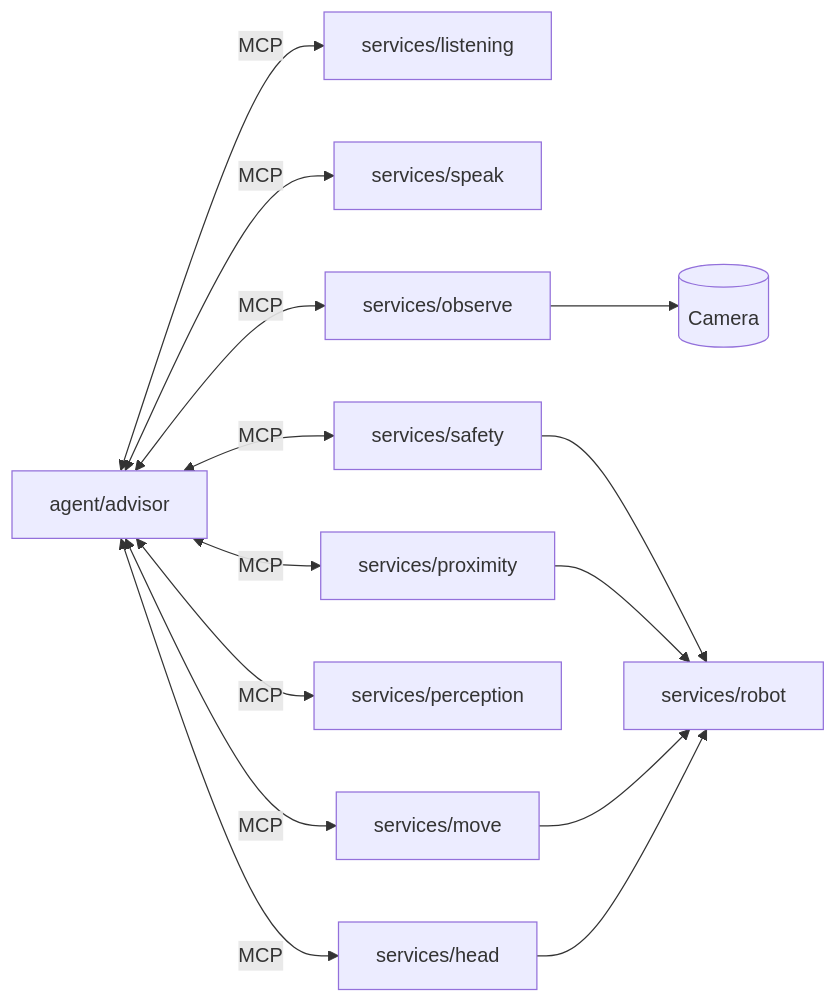
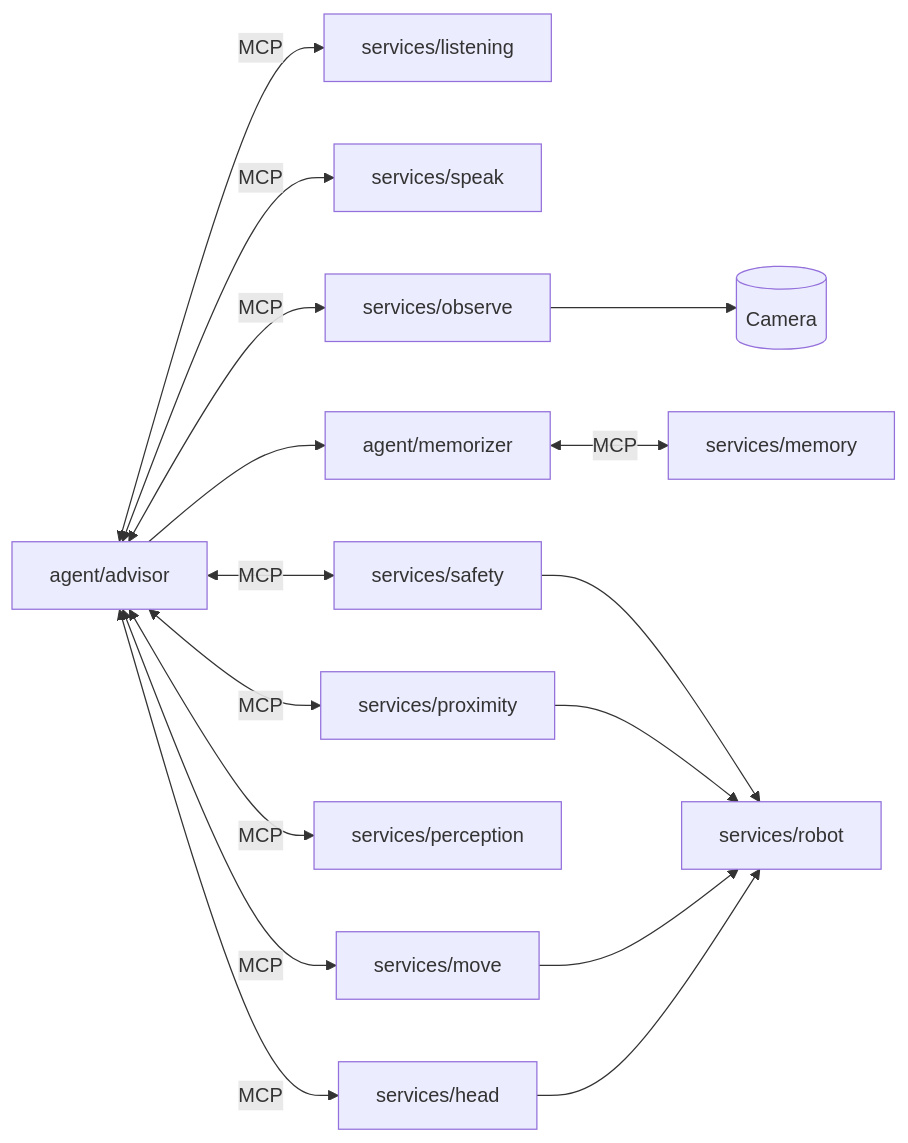
Before and after one commit to SeEngel/pi_rc_bot: the first of 23 diagrams in README.md, drawn with Mermaid. The commit also changed other lines of this file, not shown here.

````diff
--- a/README.md
+++ b/README.md
@@ -134,18 +136,21 @@
 ```mermaid
 flowchart LR
     A[agent/advisor] <-- MCP --> L[services/listening]
     A <-- MCP --> S[services/speak]
     A <-- MCP --> O[services/observe]
+
+    A --> MM[agent/memorizer]
+    MM <-- MCP --> MEM[services/memory]
 
     A <-- MCP --> SA[services/safety]
     A <-- MCP --> PX[services/proximity]
     A <-- MCP --> PC[services/perception]
     A <-- MCP --> MV[services/move]
     A <-- MCP --> H[services/head]
 
     SA --> R[services/robot]
     PX --> R
     MV --> R
     H --> R
     O --> CAM[(Camera)]
 ```
````
